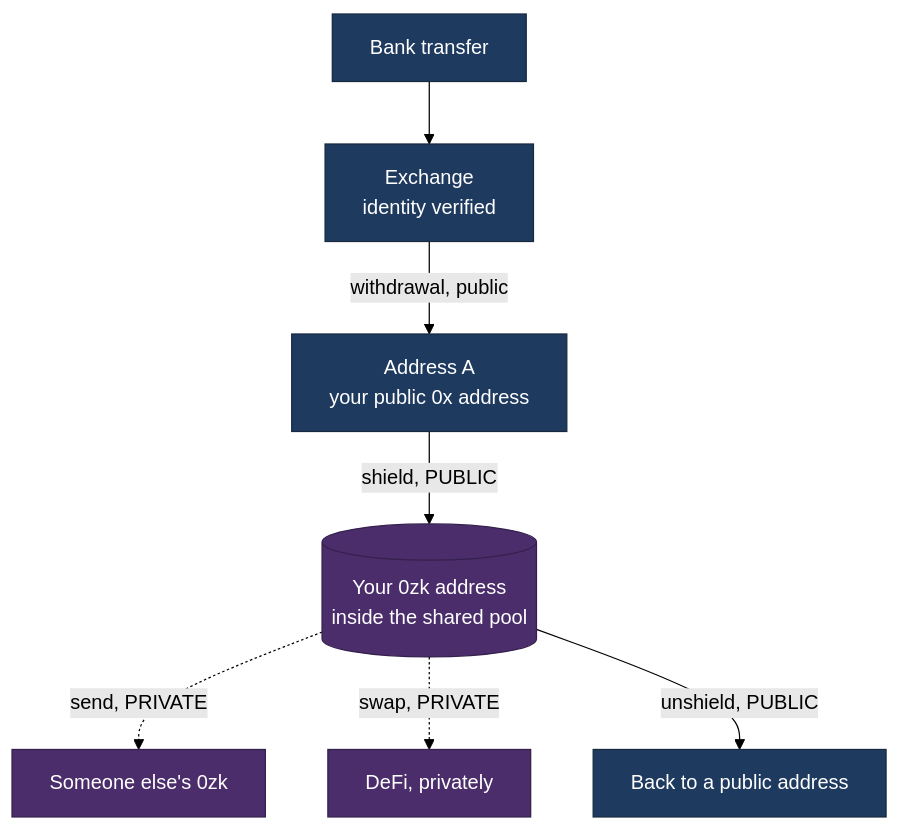
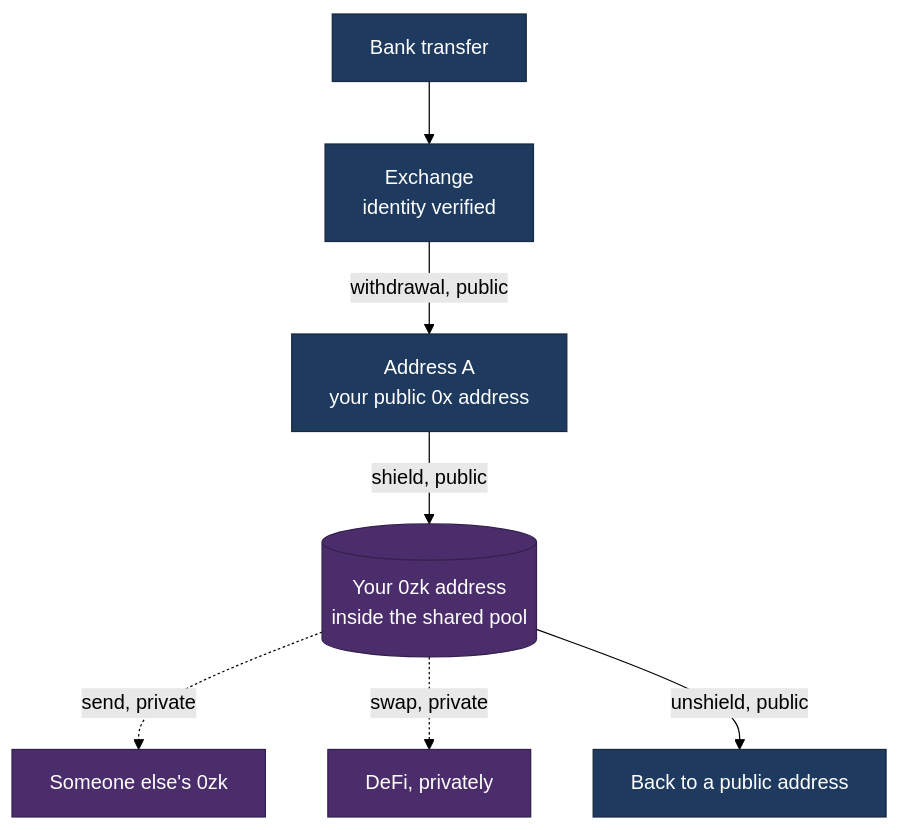
One commit to nand872/TC-to-RG changed the second of 4 diagrams in PATHWAYS.md. Above: the diagram before and after it, drawn with Mermaid (forest theme). The commit also changed other lines of this file and 12 other files, not shown here.

````diff
--- a/PATHWAYS.md
+++ b/PATHWAYS.md
@@ -40,14 +40,14 @@
 ```mermaid
 flowchart TD
     F["Bank transfer"] --> X["Exchange<br/>identity verified"]
     X -->|"withdrawal, public"| A["Address A<br/>your public 0x address"]
-    A -->|"shield, PUBLIC"| Z[("Your 0zk address<br/>inside the shared pool")]
-    Z -.->|"send, PRIVATE"| S1["Someone else's 0zk"]
-    Z -.->|"swap, PRIVATE"| S2["DeFi, privately"]
-    Z -->|"unshield, PUBLIC"| OUT["Back to a public address"]
+    A -->|"shield, public"| Z[("Your 0zk address<br/>inside the shared pool")]
+    Z -.->|"send, private"| S1["Someone else's 0zk"]
+    Z -.->|"swap, private"| S2["DeFi, privately"]
+    Z -->|"unshield, public"| OUT["Back to a public address"]
 
     classDef known fill:#1f3a5f,color:#ffffff,stroke:#16293f
     classDef priv fill:#4a2d6a,color:#ffffff,stroke:#35204d
     class F,X,A,OUT known
     class Z,S1,S2 priv
 ```
````
